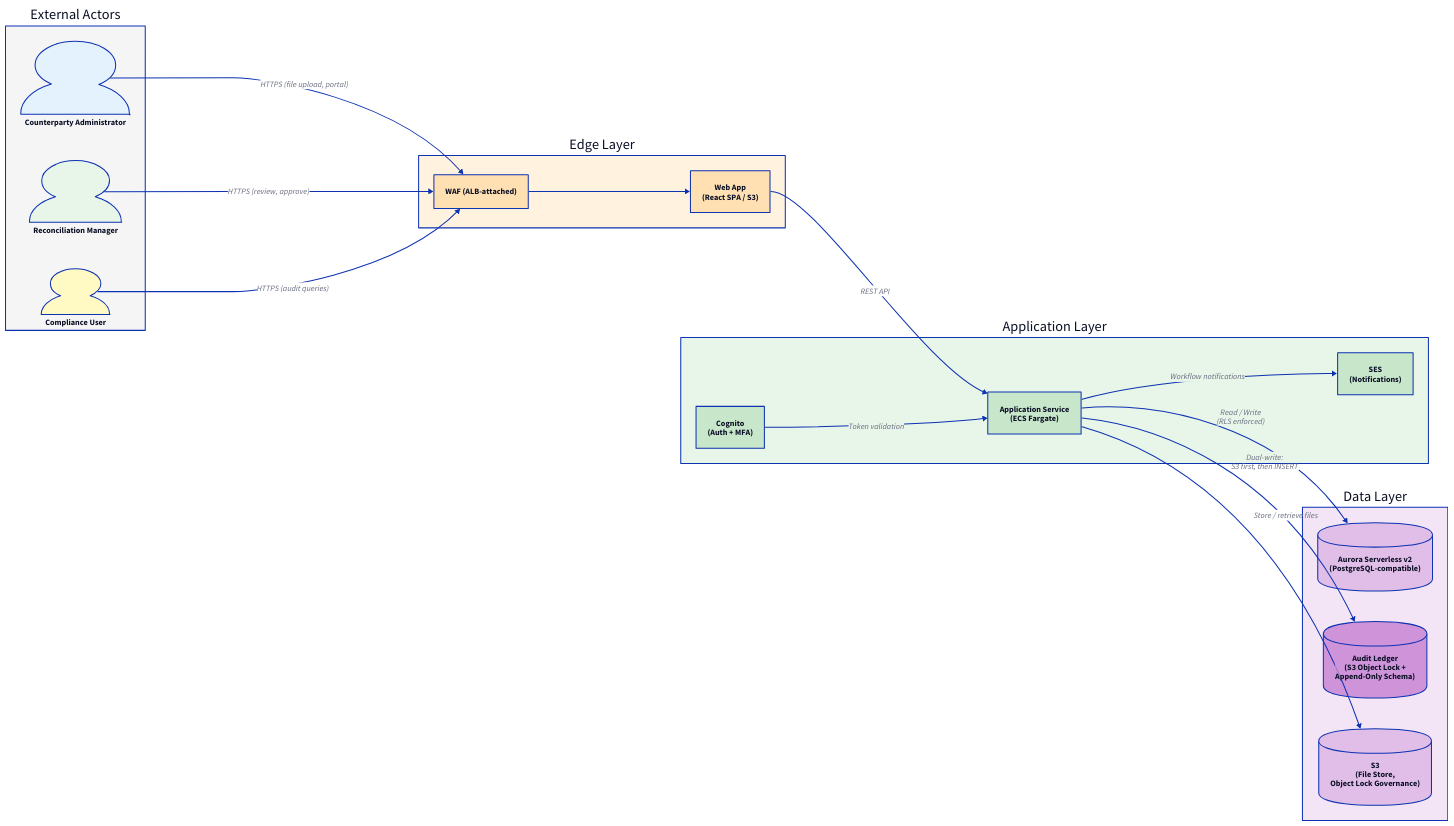
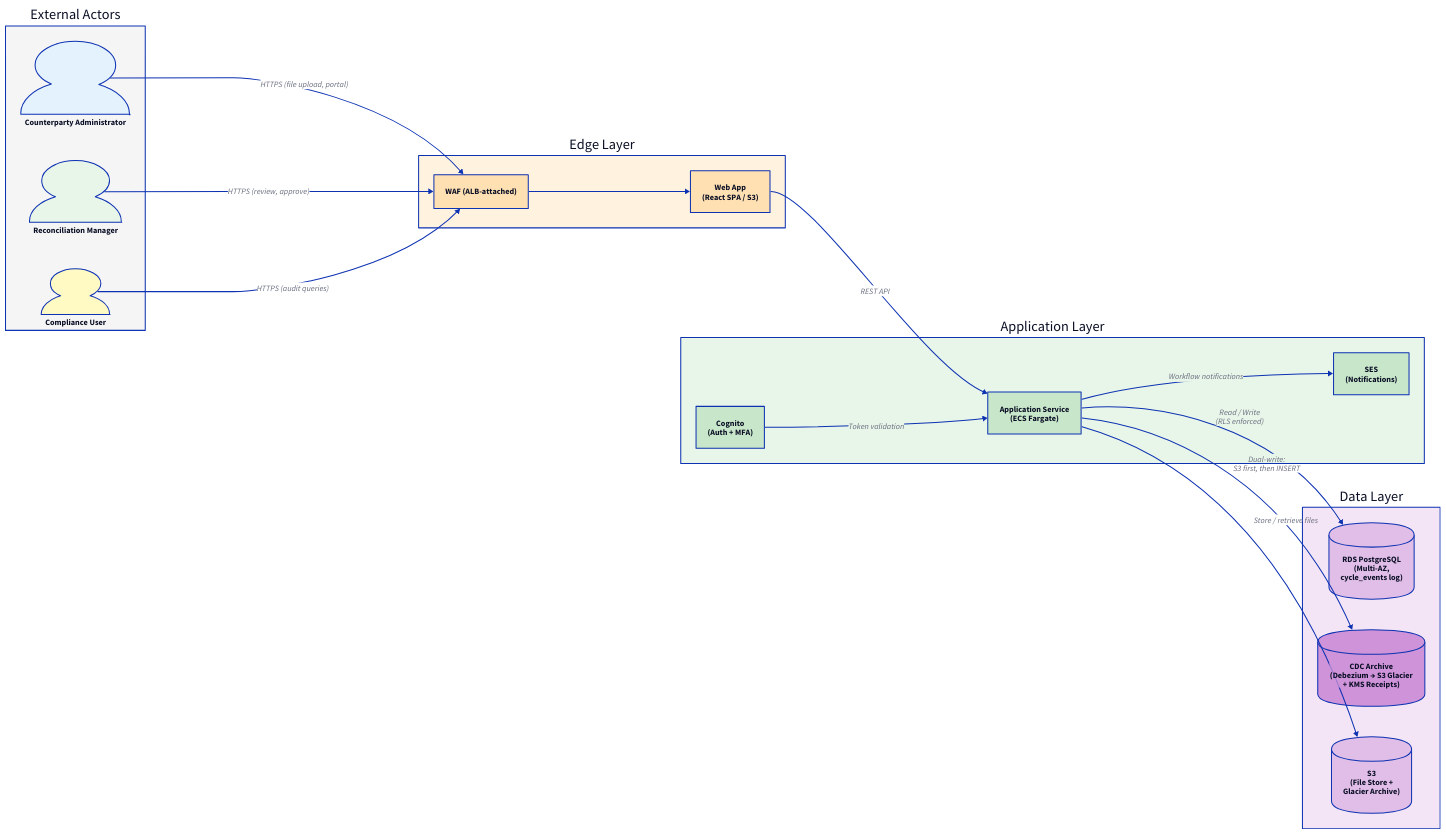
The third of 8 diagrams in 03/docs/solution-design.adoc (mosurekImagination/solution-architecture-case-studies), drawn with D2 before and after one commit. The commit also changed other lines of this file and 9 other files, not shown here.

```diff
--- a/03/docs/solution-design.adoc
+++ b/03/docs/solution-design.adoc
@@ -521,70 +523,70 @@
 [d2,case03-option2-arch,format=svg,layout=elk]
 ....
 direction: right
 
 external: External Actors {
   style.fill: "#F5F5F5"
   cpAdmin: Counterparty Administrator {
     shape: person
     style.fill: "#E3F2FD"
   }
   rcManager: Reconciliation Manager {
     shape: person
     style.fill: "#E8F5E9"
   }
   compUser: Compliance User {
     shape: person
     style.fill: "#FFF9C4"
   }
 }
 
 edge: Edge Layer {
   style.fill: "#FFF3E0"
   alb: WAF (ALB-attached) {
     style.fill: "#FFE0B2"
   }
   webApp: Web App\n(React SPA / S3) {
     style.fill: "#FFE0B2"
   }
 }
 
 app: Application Layer {
   style.fill: "#E8F5E9"
   appSvc: Application Service\n(ECS Fargate) {
     style.fill: "#C8E6C9"
   }
   cognito: Cognito\n(Auth + MFA) {
     style.fill: "#C8E6C9"
   }
   ses: SES\n(Notifications) {
     style.fill: "#C8E6C9"
   }
 }
 
 data: Data Layer {
   style.fill: "#F3E5F5"
-  rds: Aurora Serverless v2\n(PostgreSQL-compatible) {
+  rds: RDS PostgreSQL\n(Multi-AZ,\ncycle_events log) {
     shape: cylinder
     style.fill: "#E1BEE7"
   }
-  auditSchema: Audit Ledger\n(S3 Object Lock +\nAppend-Only Schema) {
+  auditSchema: CDC Archive\n(Debezium → S3 Glacier\n+ KMS Receipts) {
     shape: cylinder
     style.fill: "#CE93D8"
   }
-  s3: S3\n(File Store,\nObject Lock Governance) {
+  s3: S3\n(File Store +\nGlacier Archive) {
     shape: cylinder
     style.fill: "#E1BEE7"
   }
 }
 
 external.cpAdmin -> edge.alb: HTTPS (file upload, portal)
 external.rcManager -> edge.alb: HTTPS (review, approve)
 external.compUser -> edge.alb: HTTPS (audit queries)
 edge.alb -> edge.webApp
 edge.webApp -> app.appSvc: REST API
 app.cognito -> app.appSvc: Token validation
 app.appSvc -> data.rds: Read / Write\n(RLS enforced)
 app.appSvc -> data.auditSchema: Dual-write:\nS3 first, then INSERT
 app.appSvc -> data.s3: Store / retrieve files
 app.appSvc -> app.ses: Workflow notifications
 ....
```
